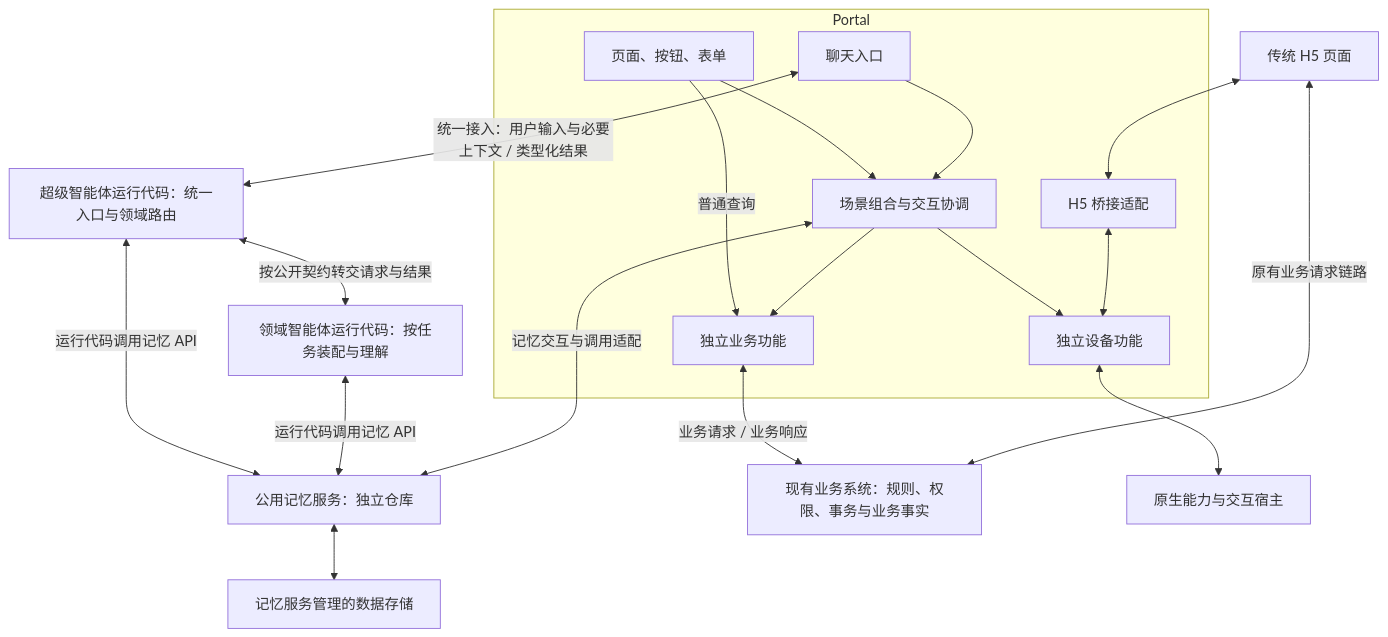
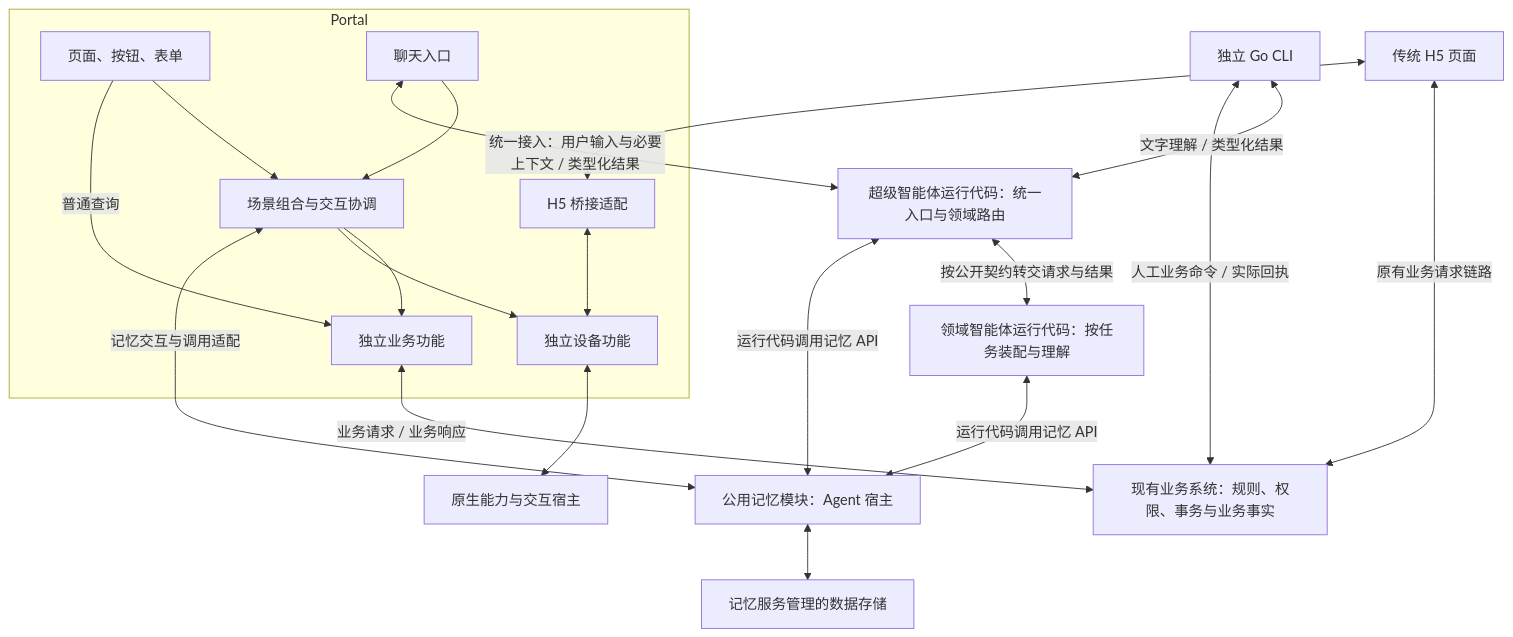
Before and after one commit to unif-skill/unif-portal-dev-skills: the diagram in skills/architecture-design/references/responsibilities.md, drawn with Mermaid. The commit also changed other lines of this file and 7 other files, not shown here.

````diff
--- a/skills/architecture-design/references/responsibilities.md
+++ b/skills/architecture-design/references/responsibilities.md
@@ -5,34 +5,37 @@
 ```mermaid
 flowchart TB
     subgraph Portal["Portal"]
         UI["页面、按钮、表单"]
         CHAT["聊天入口"]
         SCENE["场景组合与交互协调"]
         BUSINESS["独立业务功能"]
         DEVICE["独立设备功能"]
         BRIDGE["H5 桥接适配"]
         UI --> SCENE
         UI -->|"普通查询"| BUSINESS
         CHAT --> SCENE
         SCENE --> BUSINESS
         SCENE --> DEVICE
         BRIDGE <--> DEVICE
     end
     SUPER["超级智能体运行代码：统一入口与领域路由"]
     DOMAIN["领域智能体运行代码：按任务装配与理解"]
     SUPER <-->|"按公开契约转交请求与结果"| DOMAIN
     CHAT <-->|"统一接入：用户输入与必要上下文 / 类型化结果"| SUPER
-    MEMORY["公用记忆服务：独立仓库"]
+    CLI["独立 Go CLI"]
+    CLI <-->|"文字理解 / 类型化结果"| SUPER
+    MEMORY["公用记忆模块：Agent 宿主"]
     MEMORY_STORE["记忆服务管理的数据存储"]
     SUPER <-->|"运行代码调用记忆 API"| MEMORY
     DOMAIN <-->|"运行代码调用记忆 API"| MEMORY
     SCENE <-->|"记忆交互与调用适配"| MEMORY
     MEMORY <--> MEMORY_STORE
     SYSTEM["现有业务系统：规则、权限、事务与业务事实"]
     NATIVE["原生能力与交互宿主"]
     H5["传统 H5 页面"]
     BUSINESS <-->|"业务请求 / 业务响应"| SYSTEM
+    CLI <-->|"人工业务命令 / 实际回执"| SYSTEM
     DEVICE <--> NATIVE
     H5 <--> BRIDGE
     H5 <-->|"原有业务请求链路"| SYSTEM
 ```
````
